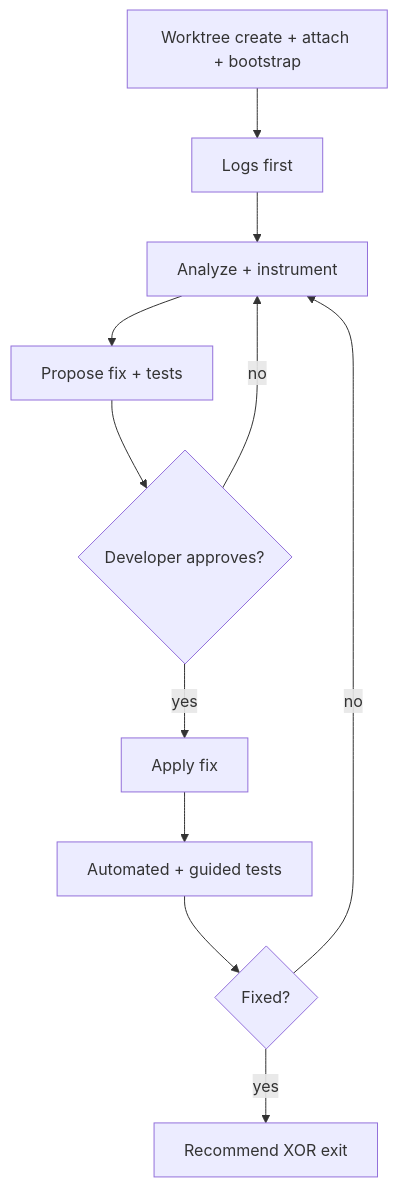
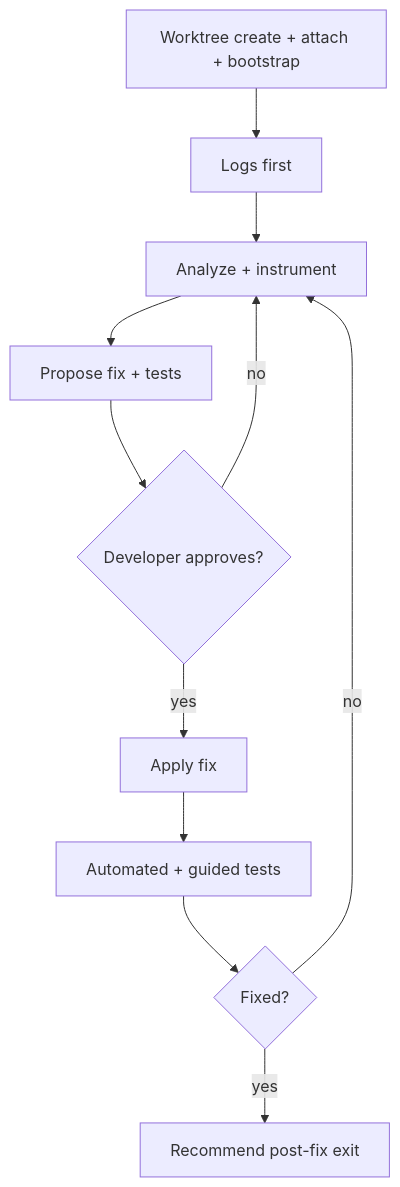
Before and after one commit to safebeat-sedea/research-and-development: the diagram in missions/debug-and-fix/skills/debug-and-fix/SKILL.md, drawn with Mermaid. The commit also changed other lines of this file, not shown here.

First line of the commit message:
Align debug-and-fix skill exitRecommendation with revised mission protocol. (#106)

````diff
--- a/missions/debug-and-fix/skills/debug-and-fix/SKILL.md
+++ b/missions/debug-and-fix/skills/debug-and-fix/SKILL.md
@@ -53,13 +53,13 @@
 ```mermaid
 flowchart TD
   A[Worktree create + attach + bootstrap] --> B[Logs first]
   B --> C[Analyze + instrument]
   C --> D[Propose fix + tests]
   D --> E{Developer approves?}
   E -->|no| C
   E -->|yes| F[Apply fix]
   F --> G[Automated + guided tests]
   G --> H{Fixed?}
   H -->|no| C
-  H -->|yes| I[Recommend XOR exit]
+  H -->|yes| I[Recommend post-fix exit]
 ```
````
